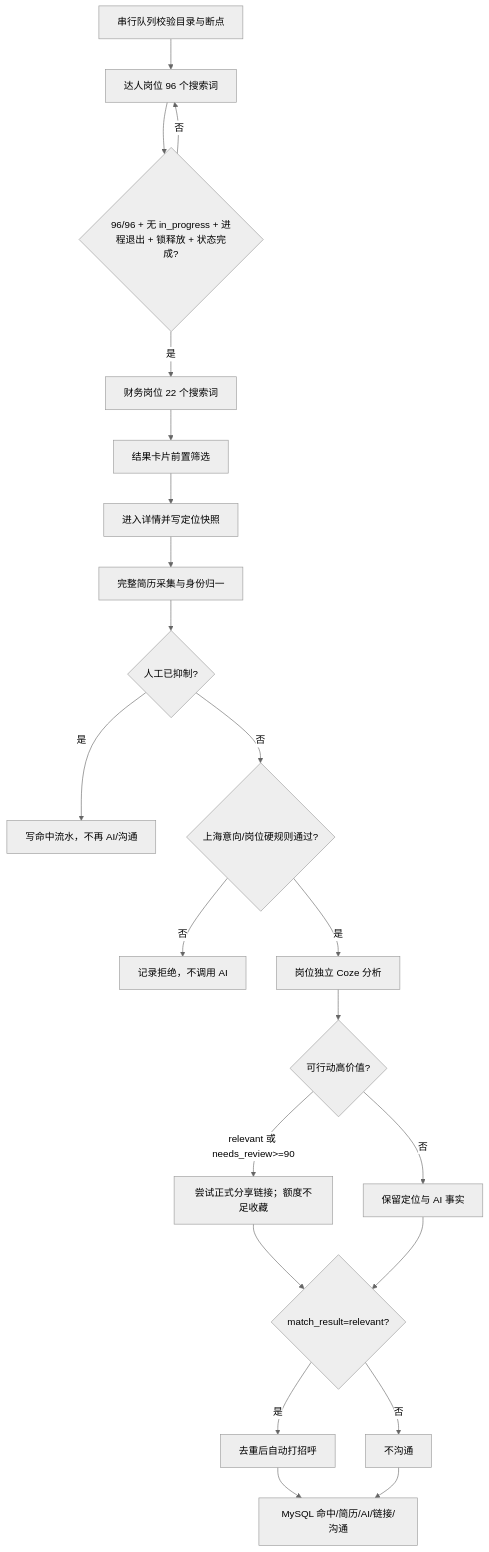
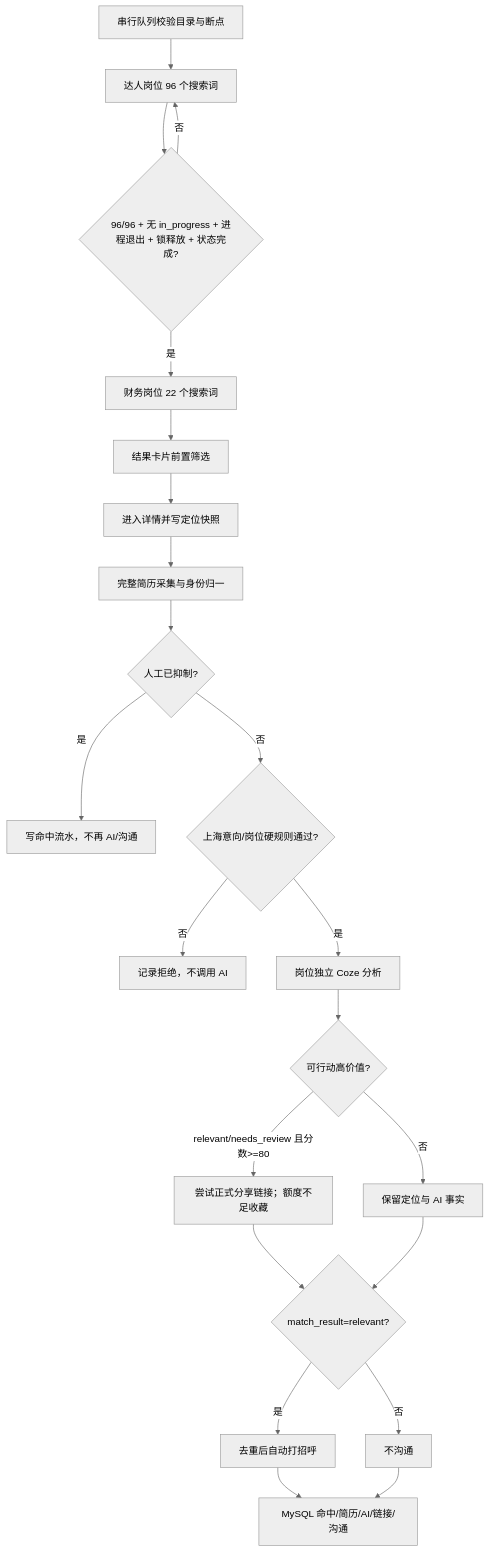
The diagram in docs/PROJECT_HANDOFF.md (vioabio/AI-Agent), drawn with Mermaid (neutral theme) before and after one commit. The commit also changed other lines of this file and 10 other files, not shown here.

````diff
--- a/docs/PROJECT_HANDOFF.md
+++ b/docs/PROJECT_HANDOFF.md
@@ -47,24 +47,24 @@
 ```mermaid
 flowchart TD
     A["串行队列校验目录与断点"] --> B["达人岗位 96 个搜索词"]
     B --> C{"96/96 + 无 in_progress + 进程退出 + 锁释放 + 状态完成?"}
     C -- 否 --> B
     C -- 是 --> D["财务岗位 22 个搜索词"]
     D --> E["结果卡片前置筛选"]
     E --> F["进入详情并写定位快照"]
     F --> G["完整简历采集与身份归一"]
     G --> H{"人工已抑制?"}
     H -- 是 --> I["写命中流水，不再 AI/沟通"]
     H -- 否 --> J{"上海意向/岗位硬规则通过?"}
     J -- 否 --> K["记录拒绝，不调用 AI"]
     J -- 是 --> L["岗位独立 Coze 分析"]
     L --> M{"可行动高价值?"}
-    M -- "relevant 或 needs_review>=90" --> N["尝试正式分享链接；额度不足收藏"]
+    M -- "relevant/needs_review 且分数>=80" --> N["尝试正式分享链接；额度不足收藏"]
     M -- 否 --> O["保留定位与 AI 事实"]
     N --> P{"match_result=relevant?"}
     O --> P
     P -- 是 --> Q["去重后自动打招呼"]
     P -- 否 --> R["不沟通"]
     Q --> S["MySQL 命中/简历/AI/链接/沟通"]
     R --> S
 ```
````
